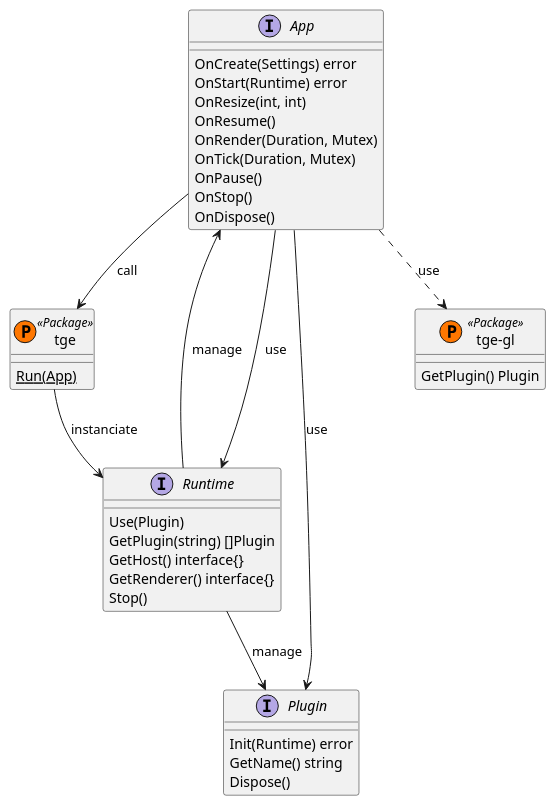
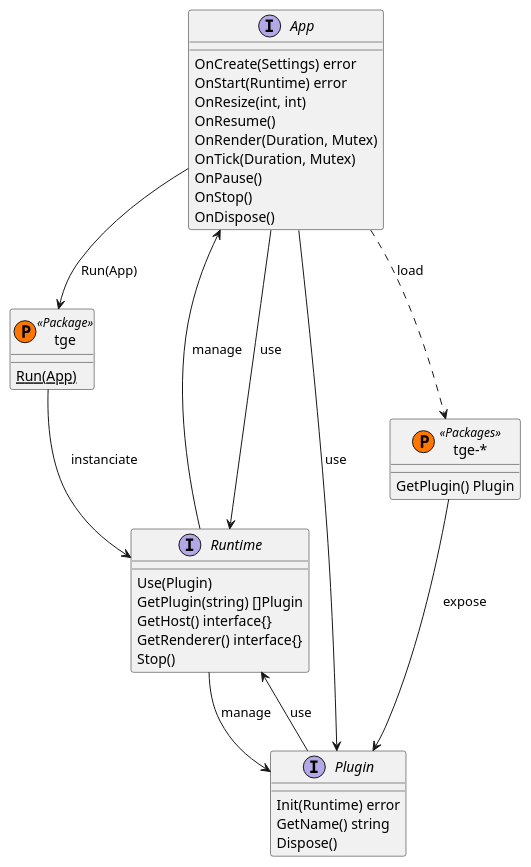
The diagram in specs/api.puml (Thommil/tge), drawn with PlantUML before and after one commit. The commit also changed 4 other files, not shown here.

Commit message:
uml & resize browser bug

```diff
--- a/specs/api.puml
+++ b/specs/api.puml
@@ -2,47 +2,48 @@
 @startuml API
 ' Components
 interface App {
     OnCreate(Settings) error
     OnStart(Runtime) error
     OnResize(int, int)
     OnResume()
     OnRender(Duration, Mutex)
     OnTick(Duration, Mutex)
     OnPause()
     OnStop()
     OnDispose()
 }
 
 class tge << (P,#FF7700) Package >> {
     {static} Run(App)
 }
 
 interface Runtime {
     Use(Plugin)
     GetPlugin(string) []Plugin
     GetHost() interface{}
     GetRenderer() interface{}
     Stop()
 }
 
 interface Plugin{    
     Init(Runtime) error
     GetName() string
     Dispose()
 }
 
-class "tge-gl" << (P,#FF7700) Package >> {
+class "tge-*" << (P,#FF7700) Packages >> {
     GetPlugin() Plugin
 }
 
 ' Relations
-App --> tge : call
+App --> tge : Run(App)
 tge --> Runtime : instanciate
 App <-- Runtime : manage
 App --> Runtime : use
 App --> Plugin : use
 Runtime --> Plugin : manage
-
-App ..> "tge-gl" : use
+Plugin --> Runtime  : use
+"tge-*" --> Plugin : expose
+App ..> "tge-*" : load
 
 @enduml
```
